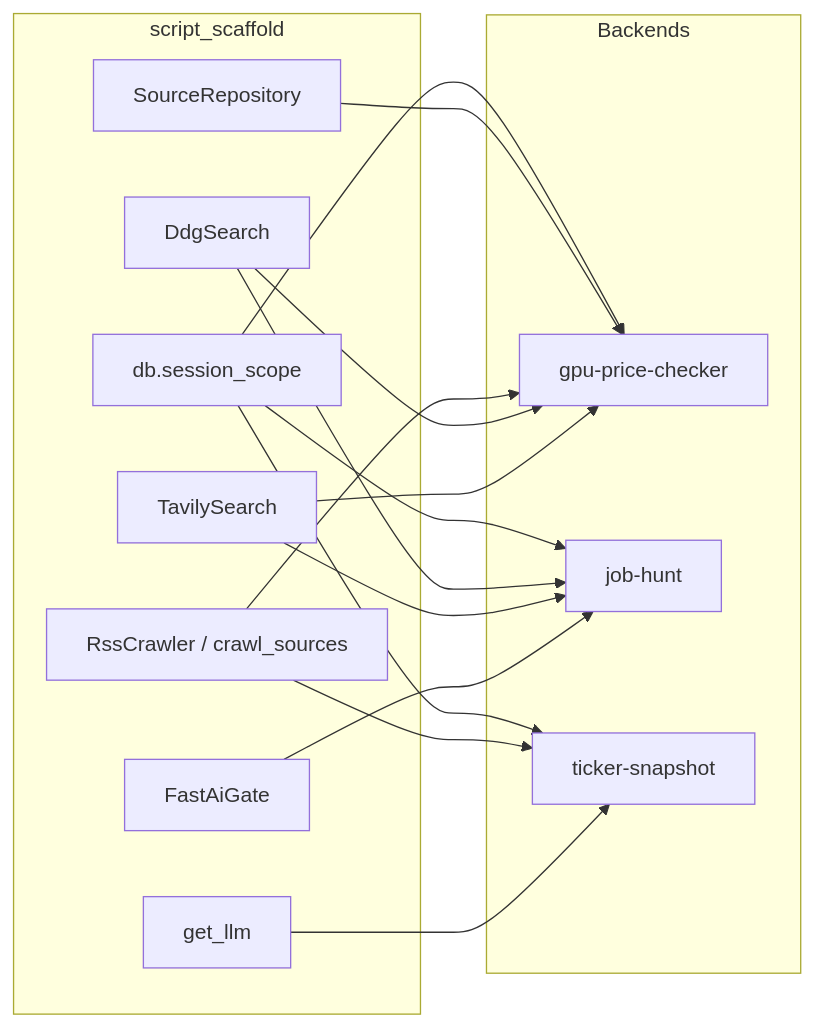
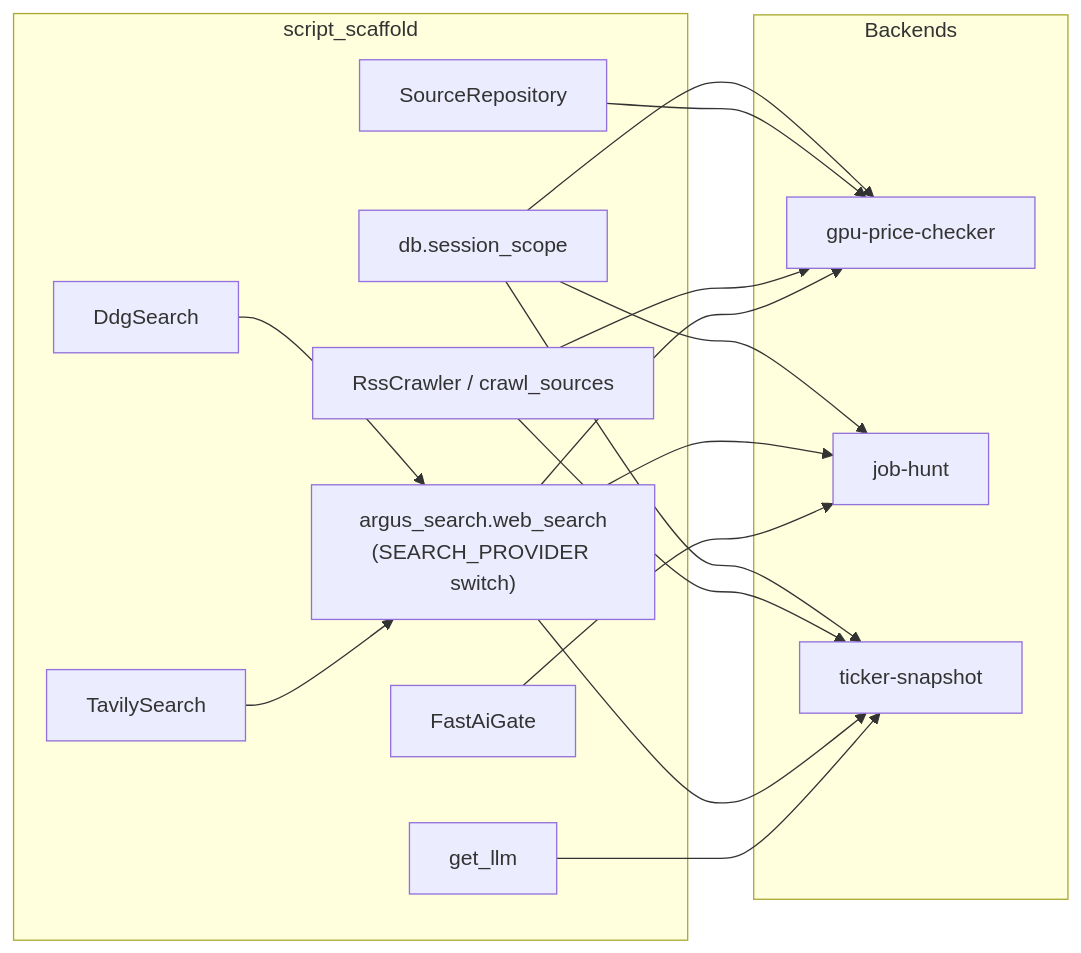
The diagram in FLOW.md (scothiam/script_scaffold), drawn with Mermaid before and after one commit. The commit also changed other lines of this file and 2 other files, not shown here.

First line of the commit message:
Document argus_search / SEARCH_PROVIDER in README, INTENTIONS, FLOW

````diff
--- a/FLOW.md
+++ b/FLOW.md
@@ -15,29 +15,31 @@
 ```mermaid
 flowchart LR
   subgraph scaffold[script_scaffold]
     db[db.session_scope]
     repo[SourceRepository]
     crawl[RssCrawler / crawl_sources]
     ddg[DdgSearch]
     tavily[TavilySearch]
+    argus["argus_search.web_search<br/>(SEARCH_PROVIDER switch)"]
     gate[FastAiGate]
     llm[get_llm]
   end
   subgraph consumers[Backends]
     gpu[gpu-price-checker]
     job[job-hunt]
     stock[ticker-snapshot]
   end
   db --> gpu
   db --> job
   db --> stock
   repo --> gpu
   crawl --> gpu
   crawl --> stock
-  ddg --> gpu
-  tavily --> gpu
-  ddg --> job
-  tavily --> job
+  ddg --> argus
+  tavily --> argus
+  argus --> gpu
+  argus --> job
+  argus --> stock
   gate --> job
   llm --> stock
 ```
````
